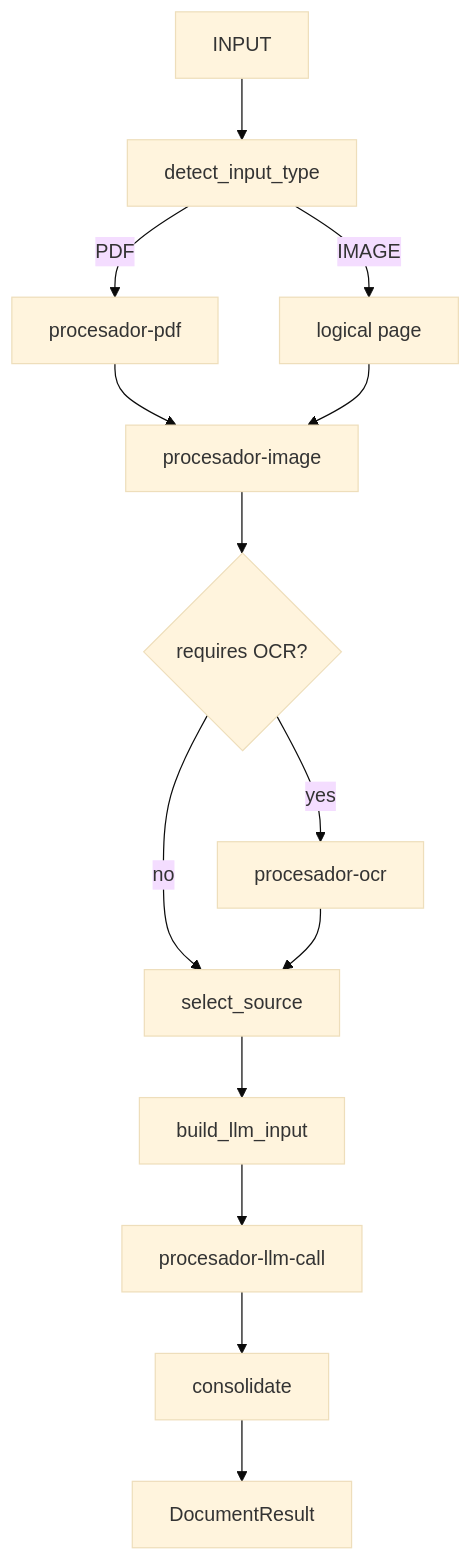
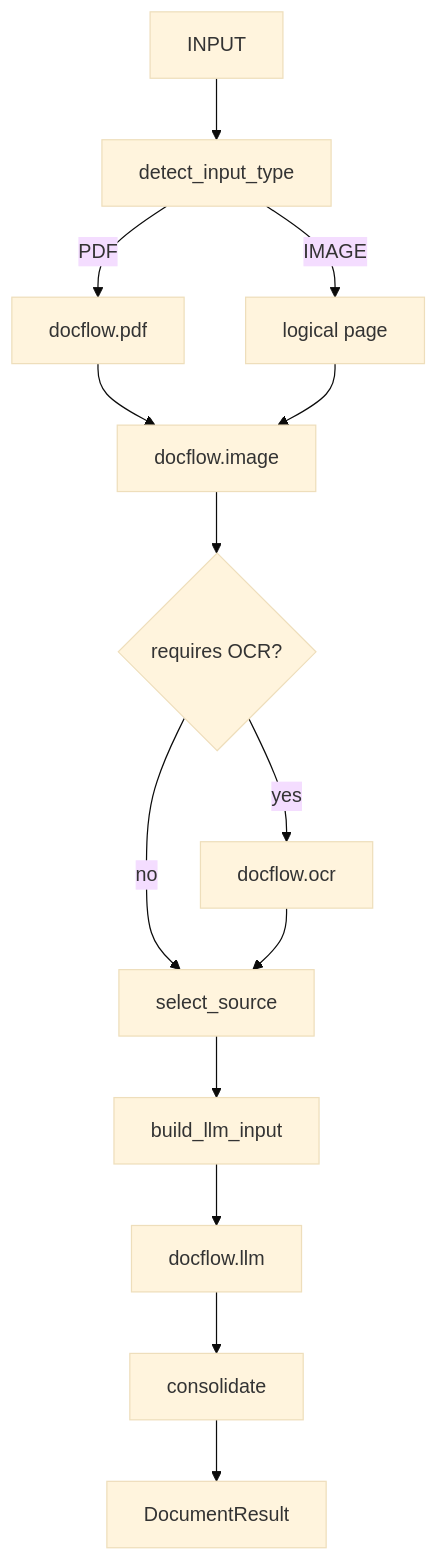
Before and after one commit to mariogarcia-ar/docflow: the second of 3 diagrams in docs/plan/README.md, drawn with Mermaid (base theme). The commit also changed other lines of this file, not shown here.

Commit message:
refactor: update workflow diagrams and processor naming to use 'docflow' prefix

````diff
--- a/docs/plan/README.md
+++ b/docs/plan/README.md
@@ -97,16 +97,16 @@
 ```mermaid
 flowchart TD
     A[INPUT] --> B[detect_input_type]
-    B -->|PDF| C[procesador-pdf]
+    B -->|PDF| C["docflow.pdf"]
     B -->|IMAGE| D[logical page]
-    C --> E[procesador-image]
+    C --> E["docflow.image"]
     D --> E
     E --> F{requires OCR?}
-    F -->|yes| G[procesador-ocr]
+    F -->|yes| G["docflow.ocr"]
     F -->|no| H[select_source]
     G --> H
     H --> I[build_llm_input]
-    I --> J[procesador-llm-call]
+    I --> J["docflow.llm"]
     J --> K[consolidate]
     K --> L[DocumentResult]
 ```
````
